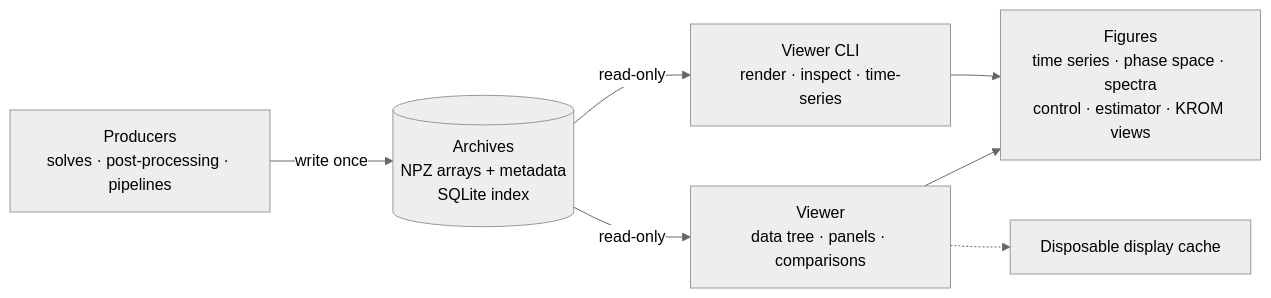
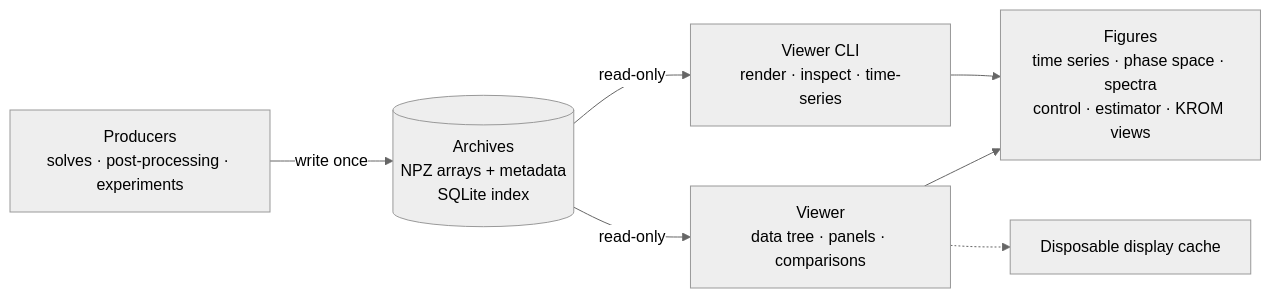
The seventh of 8 diagrams in docs/OVERVIEW.md (AJGibson0926/dynsyslab-public), drawn with Mermaid (neutral theme) before and after one commit. The commit also changed other lines of this file and 1221 other files, not shown here.

````diff
--- a/docs/OVERVIEW.md
+++ b/docs/OVERVIEW.md
@@ -230,9 +230,9 @@
 ```mermaid
 flowchart LR
-    PROD["Producers<br/>solves · post-processing · pipelines"] -->|"write once"| AR[("Archives<br/>NPZ arrays + metadata<br/>SQLite index")]
+    PROD["Producers<br/>solves · post-processing · experiments"] -->|"write once"| AR[("Archives<br/>NPZ arrays + metadata<br/>SQLite index")]
     AR -->|"read-only"| V["Viewer<br/>data tree · panels · comparisons"]
     AR -->|"read-only"| VC["Viewer CLI<br/>render · inspect · time-series"]
     V --> FIG["Figures<br/>time series · phase space · spectra<br/>control · estimator · KROM views"]
     VC --> FIG
     V -.-> CACHE["Disposable display cache"]
 ```
````
